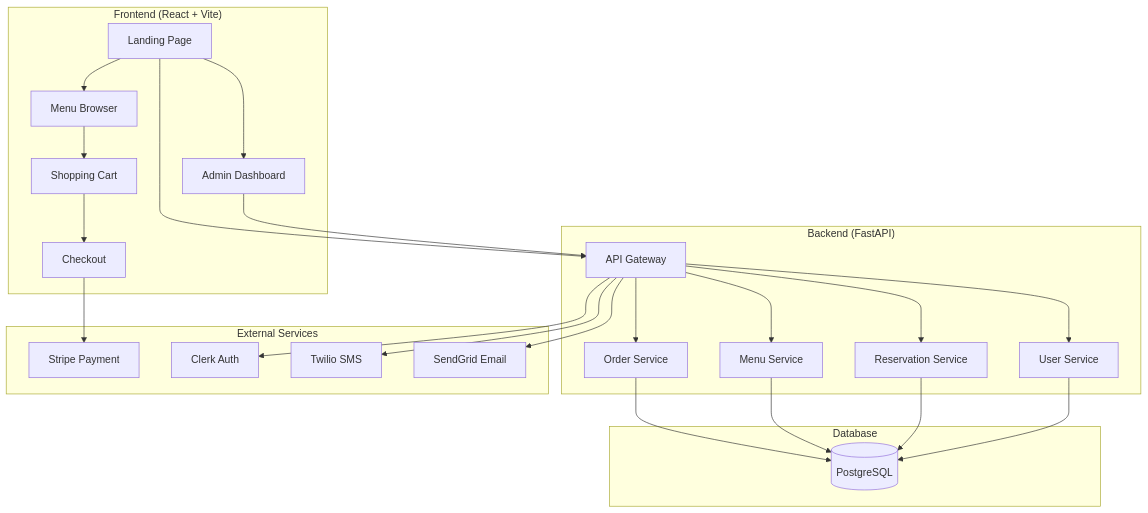
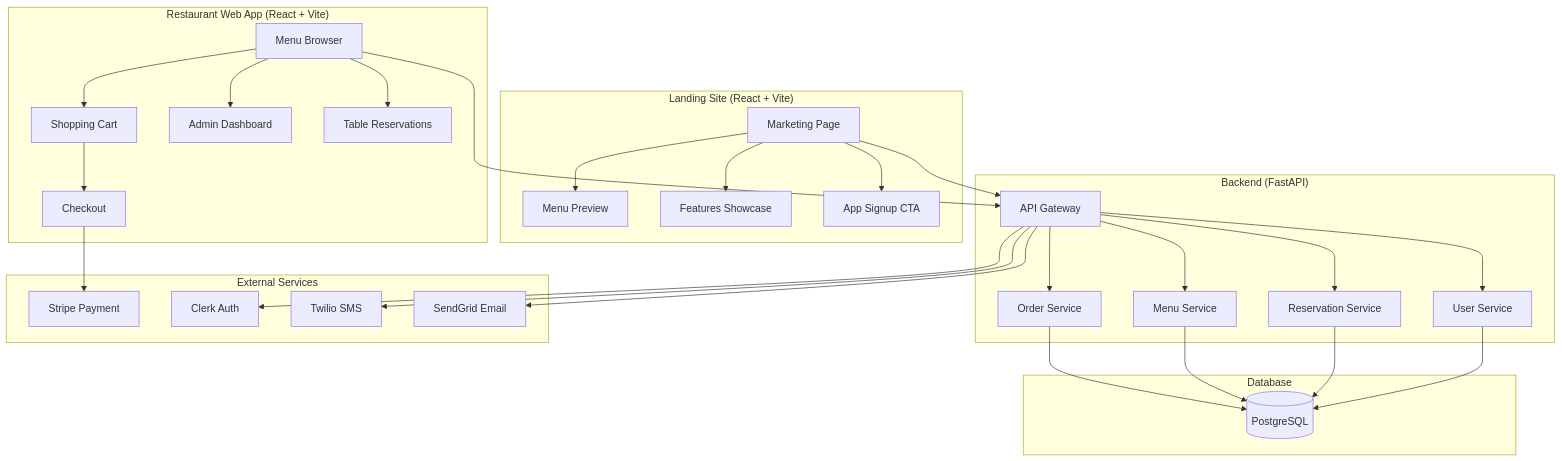
One commit to marcus888-techstack/restaurant-app changed the first of 5 diagrams in docs/restaurant/PROJECT_OVERVIEW.md. Above: the diagram before and after it, drawn with Mermaid. The commit also changed other lines of this file and 8 other files, not shown here.

First line of the commit message:
Restructure project to proper two-app restaurant architecture

````diff
--- a/docs/restaurant/PROJECT_OVERVIEW.md
+++ b/docs/restaurant/PROJECT_OVERVIEW.md
@@ -5,38 +5,44 @@
 ```mermaid
 graph TB
-    subgraph "Frontend (React + Vite)"
-        A[Landing Page] --> B[Menu Browser]
-        A --> C[Admin Dashboard]
-        B --> D[Shopping Cart]
-        D --> E[Checkout]
+    subgraph "Landing Site (React + Vite)"
+        A[Marketing Page] --> B[Menu Preview]
+        A --> C[Features Showcase]
+        A --> D[App Signup CTA]
+    end
+    
+    subgraph "Restaurant Web App (React + Vite)"
+        E[Menu Browser] --> F[Shopping Cart]
+        F --> G[Checkout]
+        E --> H[Admin Dashboard]
+        E --> I[Table Reservations]
     end
     
     subgraph "Backend (FastAPI)"
-        F[API Gateway] --> G[Order Service]
-        F --> H[Menu Service]
-        F --> I[Reservation Service]
-        F --> J[User Service]
+        J[API Gateway] --> K[Order Service]
+        J --> L[Menu Service]
+        J --> M[Reservation Service]
+        J --> N[User Service]
     end
     
     subgraph "Database"
-        K[(PostgreSQL)]
+        O[(PostgreSQL)]
     end
     
     subgraph "External Services"
-        L[Stripe Payment]
-        M[Clerk Auth]
-        N[Twilio SMS]
-        O[SendGrid Email]
+        P[Stripe Payment]
+        Q[Clerk Auth]
+        R[Twilio SMS]
+        S[SendGrid Email]
     end
     
-    A --> F
-    C --> F
-    G --> K
-    H --> K
-    I --> K
-    J --> K
-    E --> L
-    F --> M
-    F --> N
-    F --> O
+    A --> J
+    E --> J
+    K --> O
+    L --> O
+    M --> O
+    N --> O
+    G --> P
+    J --> Q
+    J --> R
+    J --> S
 ```
````
